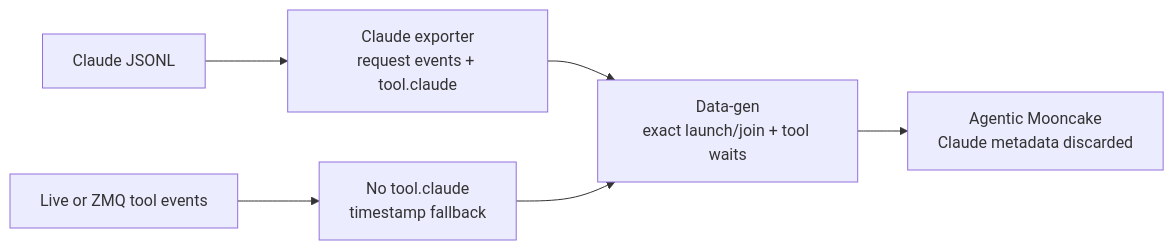
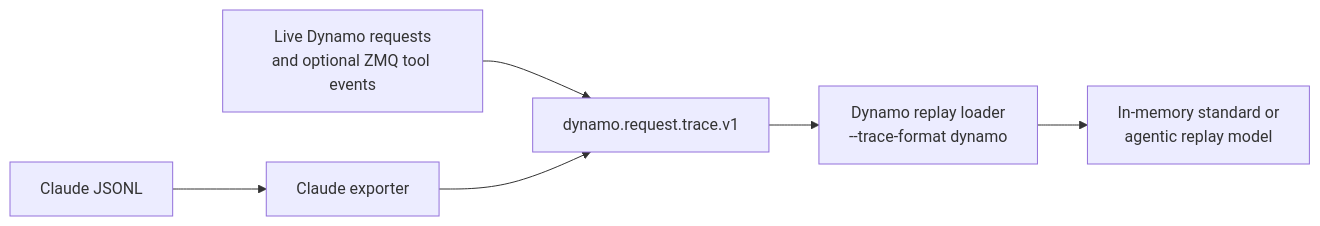
The diagram in lib/bench/coding/README.md (ai-dynamo/dynamo), drawn with Mermaid before and after one commit. The commit also changed other lines of this file and 13 other files, not shown here.

Commit message:
docs(replay): clarify direct request trace flow

````diff
--- a/lib/bench/coding/README.md
+++ b/lib/bench/coding/README.md
@@ -102,8 +102,8 @@
 ```mermaid
 flowchart LR
-    A["Claude JSONL"] --> B["Claude exporter<br/>request events + tool.claude"]
-    B --> C["Data-gen<br/>exact launch/join + tool waits"]
-    D["Live or ZMQ tool events"] --> E["No tool.claude<br/>timestamp fallback"]
-    E --> C
-    C --> F["Agentic Mooncake<br/>Claude metadata discarded"]
+    A["Claude JSONL"] --> B["Claude exporter"]
+    D["Live Dynamo requests<br/>and optional ZMQ tool events"] --> C["dynamo.request.trace.v1"]
+    B --> C
+    C --> E["Dynamo replay loader<br/>--trace-format dynamo"]
+    E --> F["In-memory standard or<br/>agentic replay model"]
 ```
````
